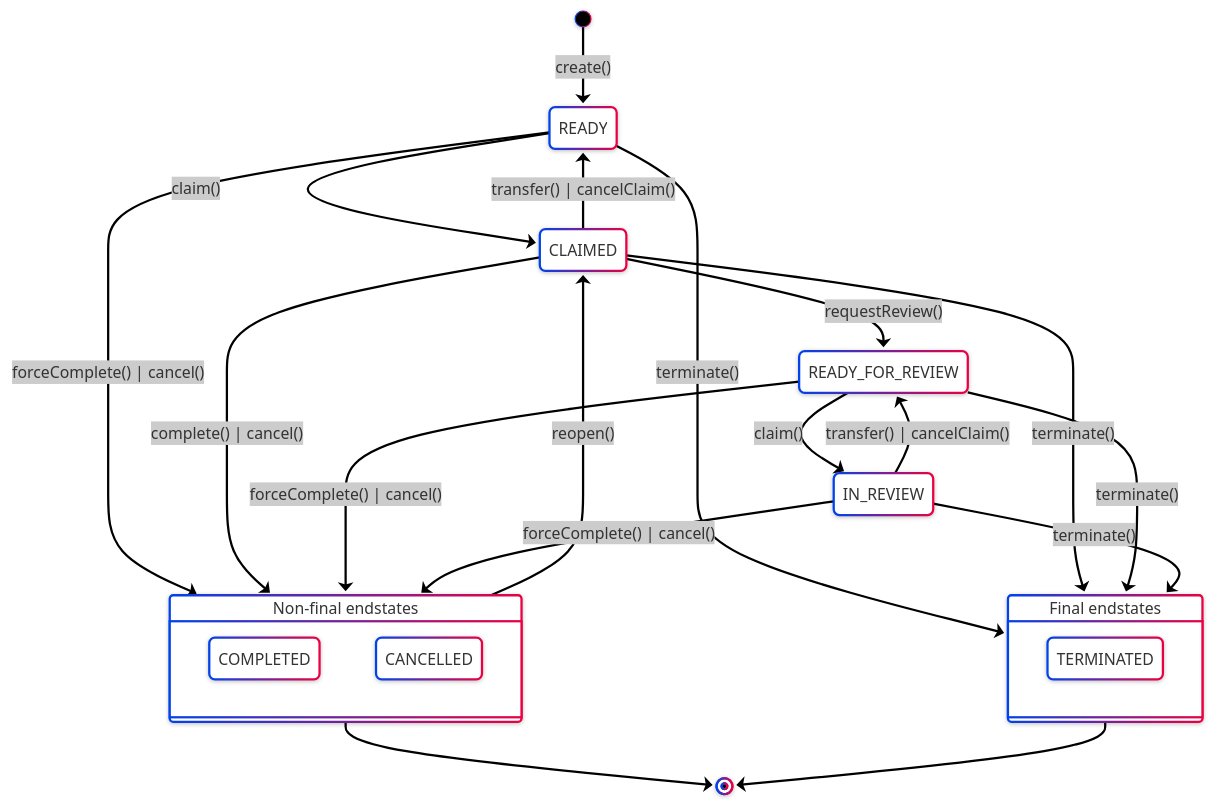
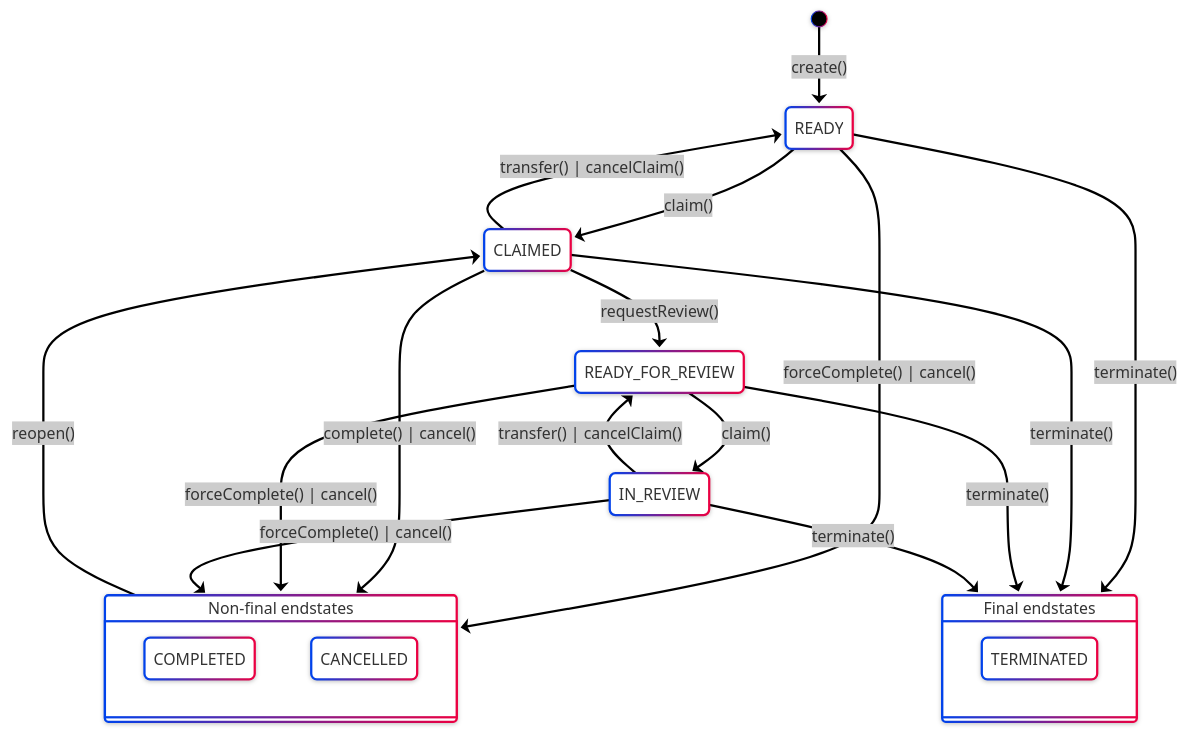
One commit to kadai-io/kadai changed the diagram in README.md. Above: the diagram before and after it, drawn with Mermaid. The commit also changed other lines of this file, not shown here.

Commit message:
KAD-825 - Rerender state-diagram in README (#826)

````diff
--- a/README.md
+++ b/README.md
@@ -78,40 +76,38 @@
 ```mermaid
 ---
 config:
   look: neo
   theme: neo
 ---
 stateDiagram-v2
     [*] --> READY: create()
     READY --> CLAIMED: claim()
     READY --> nonFinalEndStates: forceComplete() | cancel()
     READY --> finalEndStates: terminate()
 
     CLAIMED --> READY_FOR_REVIEW: requestReview()
     CLAIMED --> READY: transfer() | cancelClaim()
     CLAIMED --> nonFinalEndStates: complete() | cancel()
     CLAIMED --> finalEndStates: terminate()
 
     READY_FOR_REVIEW --> IN_REVIEW: claim()
     READY_FOR_REVIEW --> nonFinalEndStates: forceComplete() | cancel()
     READY_FOR_REVIEW --> finalEndStates: terminate()
 
     IN_REVIEW --> READY_FOR_REVIEW: transfer() | cancelClaim()
     IN_REVIEW --> nonFinalEndStates: forceComplete() | cancel()
     IN_REVIEW --> finalEndStates: terminate()
 
     nonFinalEndStates --> CLAIMED: reopen()
-    nonFinalEndStates --> [*]
-    finalEndStates --> [*]
     
     nonFinalEndStates: Non-final endstates
     state nonFinalEndStates {
         COMPLETED
         CANCELLED
     }
 
     finalEndStates: Final endstates
     state finalEndStates {
         TERMINATED
     }
 ```
````
